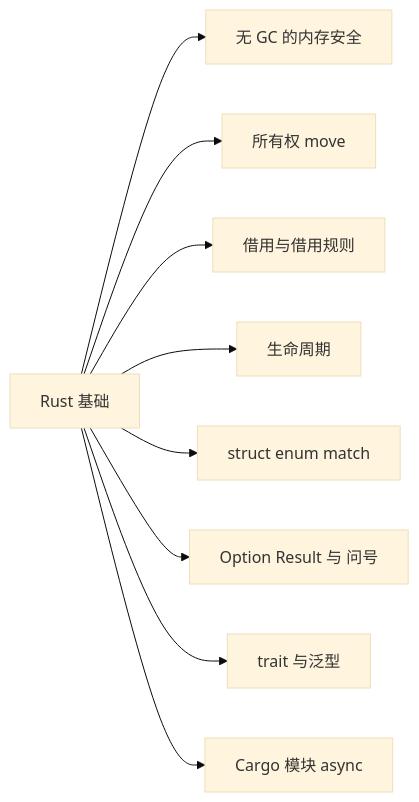
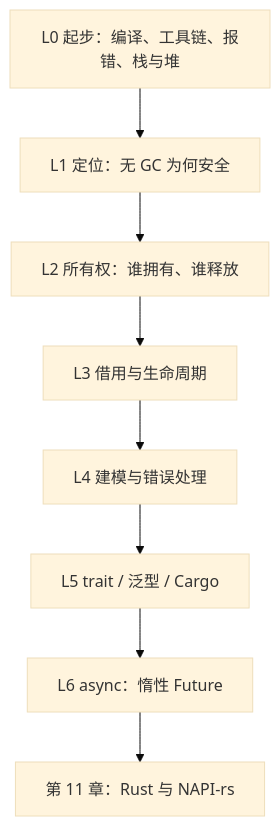
One commit to lfire/AFFiNE changed the diagram in learning-guide/slides/decks/07.md. Above: the diagram before and after it, drawn with Mermaid (base theme). The commit also changed other lines of this file and 6 other files, not shown here.

````diff
--- a/learning-guide/slides/decks/07.md
+++ b/learning-guide/slides/decks/07.md
@@ -27,11 +27,10 @@
 ```mermaid
-flowchart LR
-  A["Rust 基础"] --> B["无 GC 的内存安全"]
-  A --> C["所有权 move"]
-  A --> D["借用与借用规则"]
-  A --> E["生命周期"]
-  A --> F["struct enum match"]
-  A --> G["Option Result 与 问号"]
-  A --> H["trait 与泛型"]
-  A --> I["Cargo 模块 async"]
+flowchart TD
+  L0["L0 起步：编译、工具链、报错、栈与堆"] --> L1["L1 定位：无 GC 为何安全"]
+  L1 --> L2["L2 所有权：谁拥有、谁释放"]
+  L2 --> L3["L3 借用与生命周期"]
+  L3 --> L4["L4 建模与错误处理"]
+  L4 --> L5["L5 trait / 泛型 / Cargo"]
+  L5 --> L6["L6 async：惰性 Future"]
+  L6 --> N["第 11 章：Rust 与 NAPI-rs"]
 ```
````
